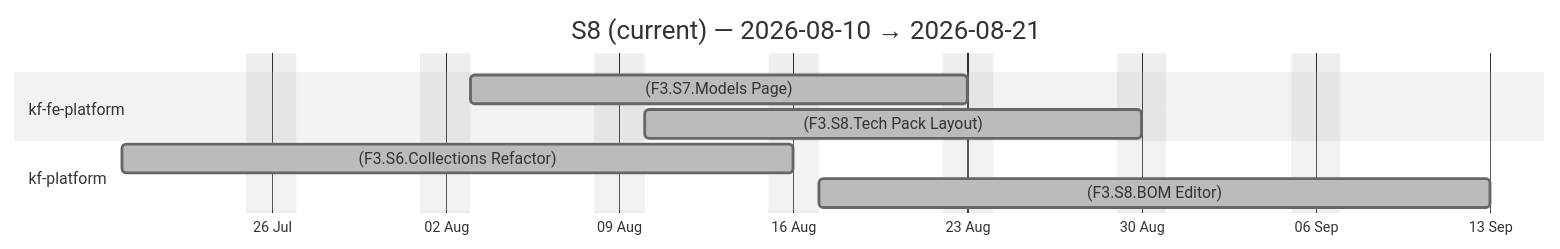
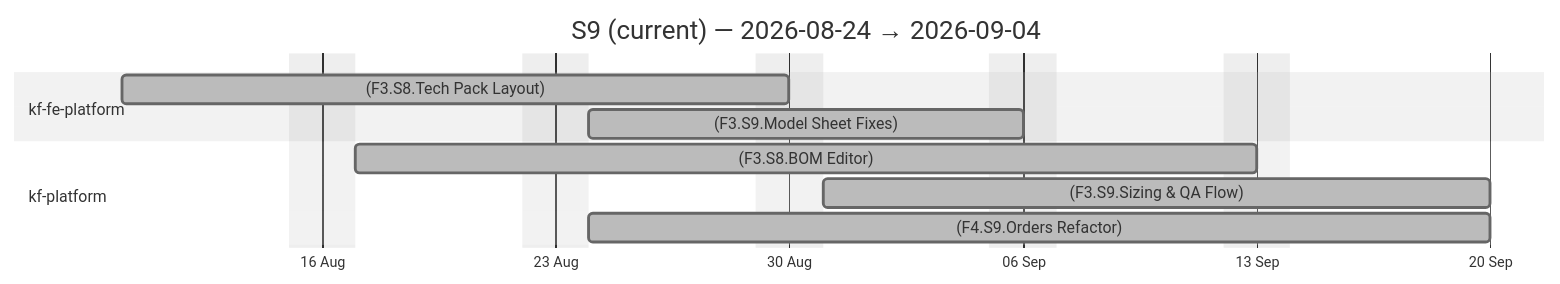
The third of 4 diagrams in docs/agile-sprints.md (Katty-Fashion/kf-cpto), drawn with Mermaid (neutral theme) before and after one commit. The commit also changed other lines of this file and 14 other files, not shown here.

````diff
--- a/docs/agile-sprints.md
+++ b/docs/agile-sprints.md
@@ -72,14 +70,15 @@
 ```mermaid
 gantt
-    title S8 (current) — 2026-08-10 → 2026-08-21
+    title S9 (current) — 2026-08-24 → 2026-09-04
     dateFormat YYYY-MM-DD
     axisFormat %d %b
     excludes weekends
 
     section kf-fe-platform
-    (F3.S7.Models Page) :done, 2026-08-03, 2026-08-23
     (F3.S8.Tech Pack Layout) :done, 2026-08-10, 2026-08-30
+    (F3.S9.Model Sheet Fixes) :done, 2026-08-24, 2026-09-06
     section kf-platform
-    (F3.S6.Collections Refactor) :done, 2026-07-20, 2026-08-16
     (F3.S8.BOM Editor) :done, 2026-08-17, 2026-09-13
+    (F3.S9.Sizing & QA Flow) :done, 2026-08-31, 2026-09-20
+    (F4.S9.Orders Refactor) :done, 2026-08-24, 2026-09-20
 ```
````
